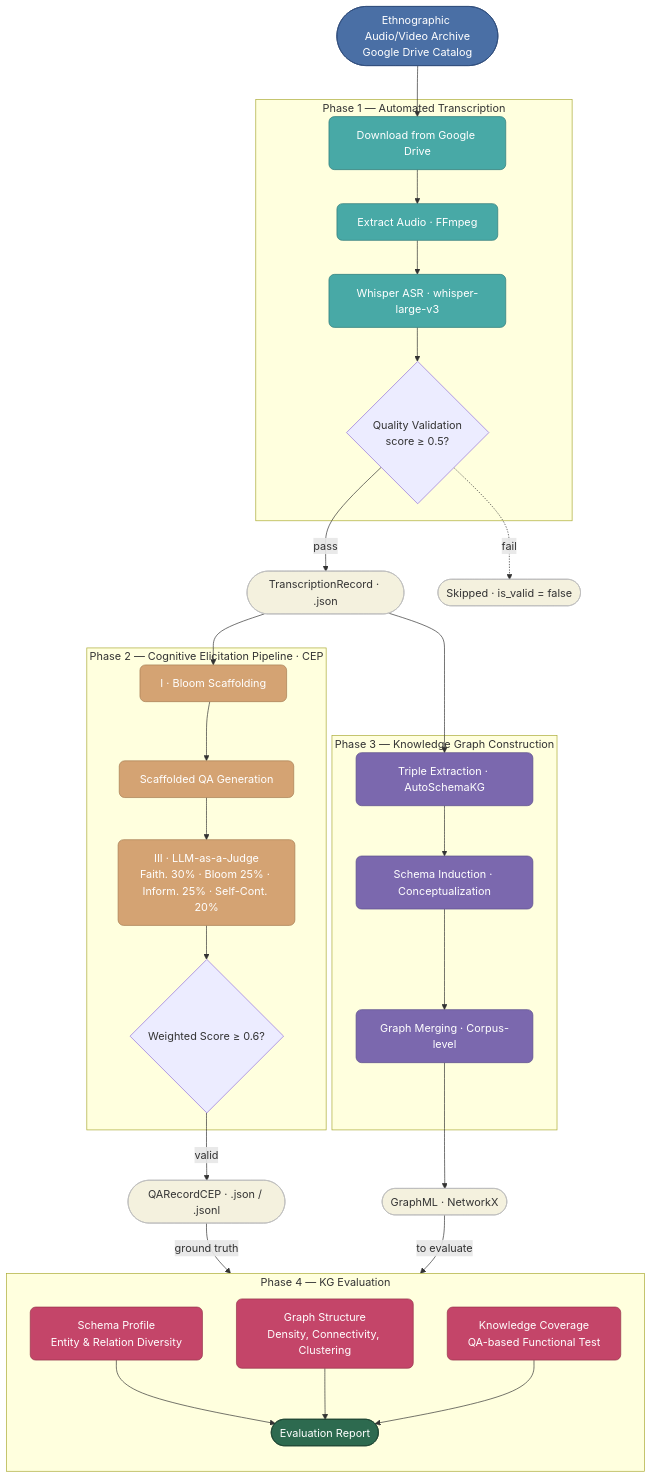
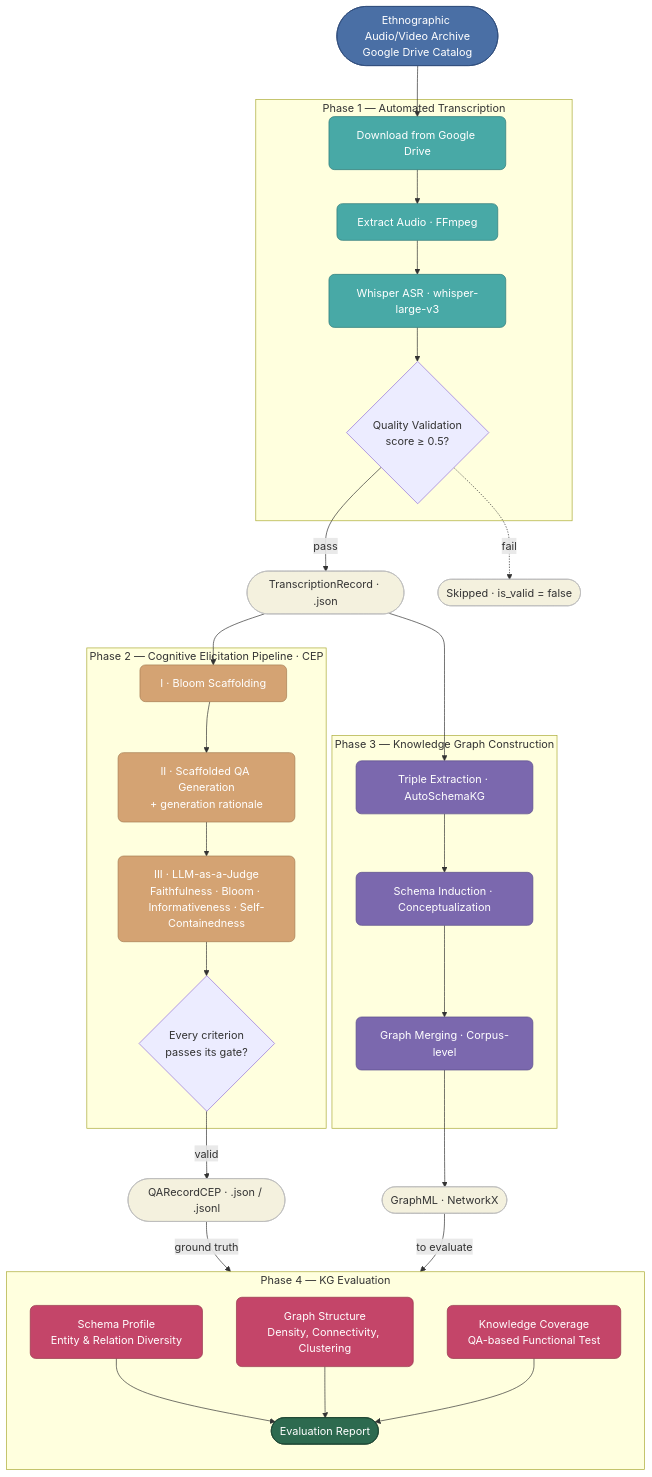
One commit to FredDsR/arandu changed the first of 10 diagrams in docs/research/methodology.md. Above: the diagram before and after it, drawn with Mermaid. The commit also changed other lines of this file and 20 other files, not shown here.

````diff
--- a/docs/research/methodology.md
+++ b/docs/research/methodology.md
@@ -15,62 +15,62 @@
 ```mermaid
 flowchart TD
     classDef input fill:#4a6fa5,stroke:#2d4a7a,color:#fff,rx:12,ry:12
     classDef p1 fill:#48a9a6,stroke:#2d7a78,color:#fff,rx:8,ry:8
     classDef p2 fill:#d4a373,stroke:#a67c52,color:#fff,rx:8,ry:8
     classDef p3 fill:#7b68ae,stroke:#5a4d8a,color:#fff,rx:8,ry:8
     classDef p4 fill:#c44569,stroke:#943349,color:#fff,rx:8,ry:8
     classDef out fill:#2d6a4f,stroke:#1b4332,color:#fff,rx:12,ry:12
     classDef data fill:#f4f1de,stroke:#bbb,color:#333,rx:6,ry:6
 
     IN(["Ethnographic Audio/Video Archive<br/>Google Drive Catalog"]):::input
 
     IN --> DL
 
     subgraph P1["Phase 1 — Automated Transcription"]
         DL["Download from Google Drive"]:::p1
         FF["Extract Audio · FFmpeg"]:::p1
         WH["Whisper ASR · whisper-large-v3"]:::p1
         QV{"Quality Validation<br/>score ≥ 0.5?"}
         DL --> FF --> WH --> QV
     end
 
     QV -->|pass| ER(["TranscriptionRecord · .json"]):::data
     QV -.->|fail| SK(["Skipped · is_valid = false"]):::data
 
     ER --> BL
     ER --> TE
 
     subgraph P2["Phase 2 — Cognitive Elicitation Pipeline · CEP"]
         BL["I · Bloom Scaffolding"]:::p2
-        SG["Scaffolded QA Generation"]:::p2
-        JU["III · LLM-as-a-Judge<br/>Faith. 30% · Bloom 25% · Inform. 25% · Self-Cont. 20%"]:::p2
-        VD{"Weighted Score ≥ 0.6?"}
+        SG["II · Scaffolded QA Generation<br/>+ generation rationale"]:::p2
+        JU["III · LLM-as-a-Judge<br/>Faithfulness · Bloom · Informativeness · Self-Containedness"]:::p2
+        VD{"Every criterion<br/>passes its gate?"}
         BL --> SG --> JU --> VD
     end
 
     subgraph P3["Phase 3 — Knowledge Graph Construction"]
         TE["Triple Extraction · AutoSchemaKG"]:::p3
         SI["Schema Induction · Conceptualization"]:::p3
         GM["Graph Merging · Corpus-level"]:::p3
         TE --> SI --> GM
     end
 
     VD -->|valid| QR(["QARecordCEP · .json / .jsonl"]):::data
     GM --> GR(["GraphML · NetworkX"]):::data
 
     P2 ~~~ P3
 
     QR -->|ground truth| P4
     GR -->|to evaluate| P4
 
     subgraph P4["Phase 4 — KG Evaluation"]
         direction TB
         SP["Schema Profile<br/>Entity & Relation Diversity"]:::p4
         GS["Graph Structure<br/>Density, Connectivity, Clustering"]:::p4
         KC["Knowledge Coverage<br/>QA-based Functional Test"]:::p4
         RP(["Evaluation Report"]):::out
         SP --> RP
         GS --> RP
         KC --> RP
     end
 ```
````
